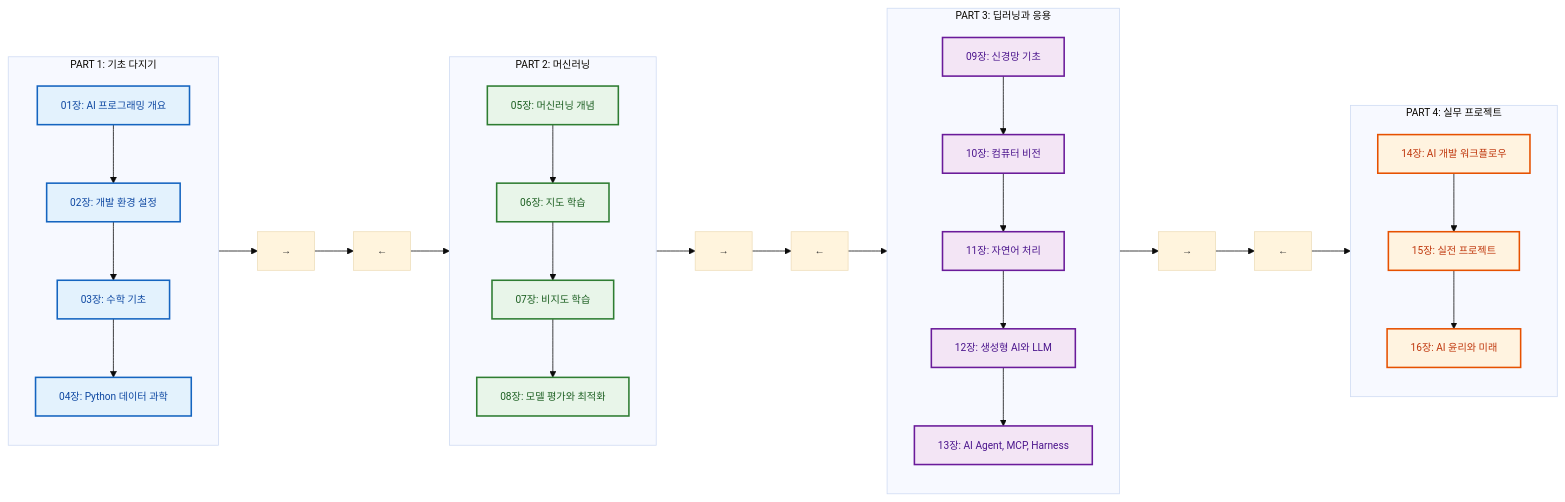
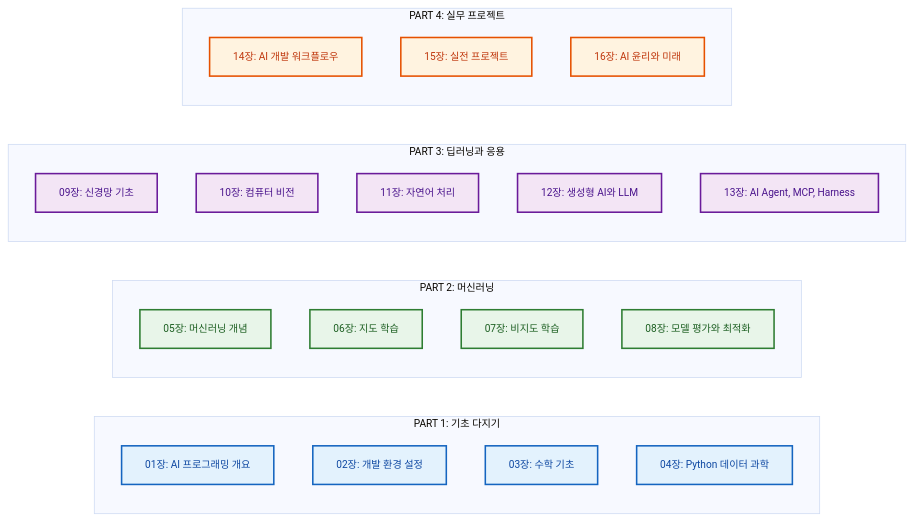
The first of 18 diagrams in ai-programming/README.md (jingu279/Document), drawn with Mermaid before and after one commit. The commit also changed 1 other file, not shown here.

Commit message:
로드맵에서 모든 화살표와 브릿지 노드 제거
- →/← 브릿지 노드 제거 (독자 혼란 유발)
- Part 내 장 간 화살표 제거 (→는 순서 의미 없음)
- Part 간 연결선 제거 (LR 레이아웃이 순서를 표시)
- README + Ch1 로드맵 동시 수정

````diff
--- a/ai-programming/README.md
+++ b/ai-programming/README.md
@@ -37,55 +37,41 @@
 ```mermaid
 %%{init: {'theme': 'base', 'themeVariables': {'fontSize': '13px'}}}%%
 flowchart LR
   subgraph Part1[PART 1: 기초 다지기]
     direction TB
     Ch01["01장: AI 프로그래밍 개요"]
     Ch02["02장: 개발 환경 설정"]
     Ch03["03장: 수학 기초"]
     Ch04["04장: Python 데이터 과학"]
   end
-  P1_Out["→"]
-  P2_In["←"]
   subgraph Part2[PART 2: 머신러닝]
     direction TB
     Ch05["05장: 머신러닝 개념"]
     Ch06["06장: 지도 학습"]
     Ch07["07장: 비지도 학습"]
     Ch08["08장: 모델 평가와 최적화"]
   end
-  P2_Out["→"]
-  P3_In["←"]
   subgraph Part3[PART 3: 딥러닝과 응용]
     direction TB
     Ch09["09장: 신경망 기초"]
     Ch10["10장: 컴퓨터 비전"]
     Ch11["11장: 자연어 처리"]
     Ch12["12장: 생성형 AI와 LLM"]
     Ch13["13장: AI Agent, MCP, Harness"]
   end
-  P3_Out["→"]
-  P4_In["←"]
   subgraph Part4[PART 4: 실무 프로젝트]
     direction TB
     Ch14["14장: AI 개발 워크플로우"]
     Ch15["15장: 실전 프로젝트"]
     Ch16["16장: AI 윤리와 미래"]
   end
-
-  Ch01 --> Ch02 --> Ch03 --> Ch04 --> P1_Out
-  P2_In --> Ch05 --> Ch06 --> Ch07 --> Ch08 --> P2_Out
-  P3_In --> Ch09 --> Ch10 --> Ch11 --> Ch12 --> Ch13 --> P3_Out
-  P4_In --> Ch14 --> Ch15 --> Ch16
-  P1_Out --> P2_In
-  P2_Out --> P3_In
-  P3_Out --> P4_In
 
   classDef p1 fill:#e3f2fd,stroke:#1565c0,stroke-width:2px,color:#0d47a1
   classDef p2 fill:#e8f5e9,stroke:#2e7d32,stroke-width:2px,color:#1b5e20
   classDef p3 fill:#f3e5f5,stroke:#6a1b9a,stroke-width:2px,color:#4a148c
   classDef p4 fill:#fff3e0,stroke:#e65100,stroke-width:2px,color:#bf360c
   class Ch01,Ch02,Ch03,Ch04 p1
   class Ch05,Ch06,Ch07,Ch08 p2
   class Ch09,Ch10,Ch11,Ch12,Ch13 p3
   class Ch14,Ch15,Ch16 p4
 ```
````
